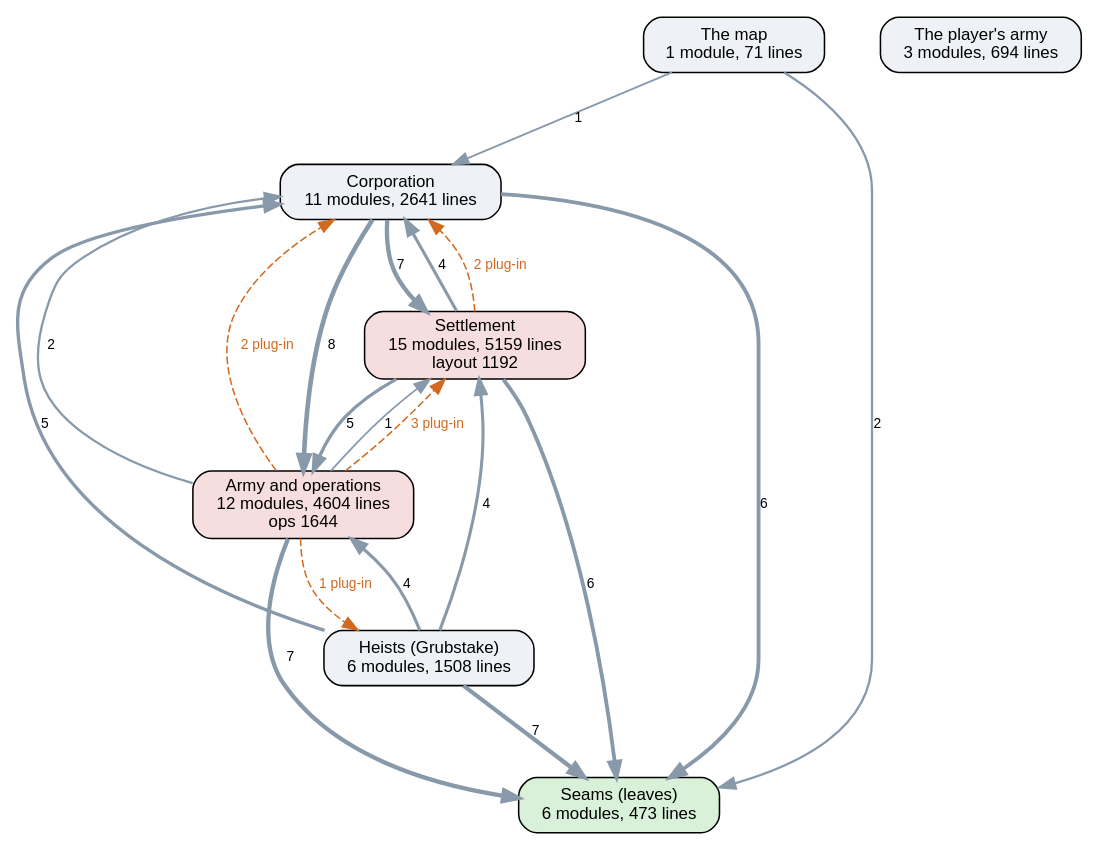
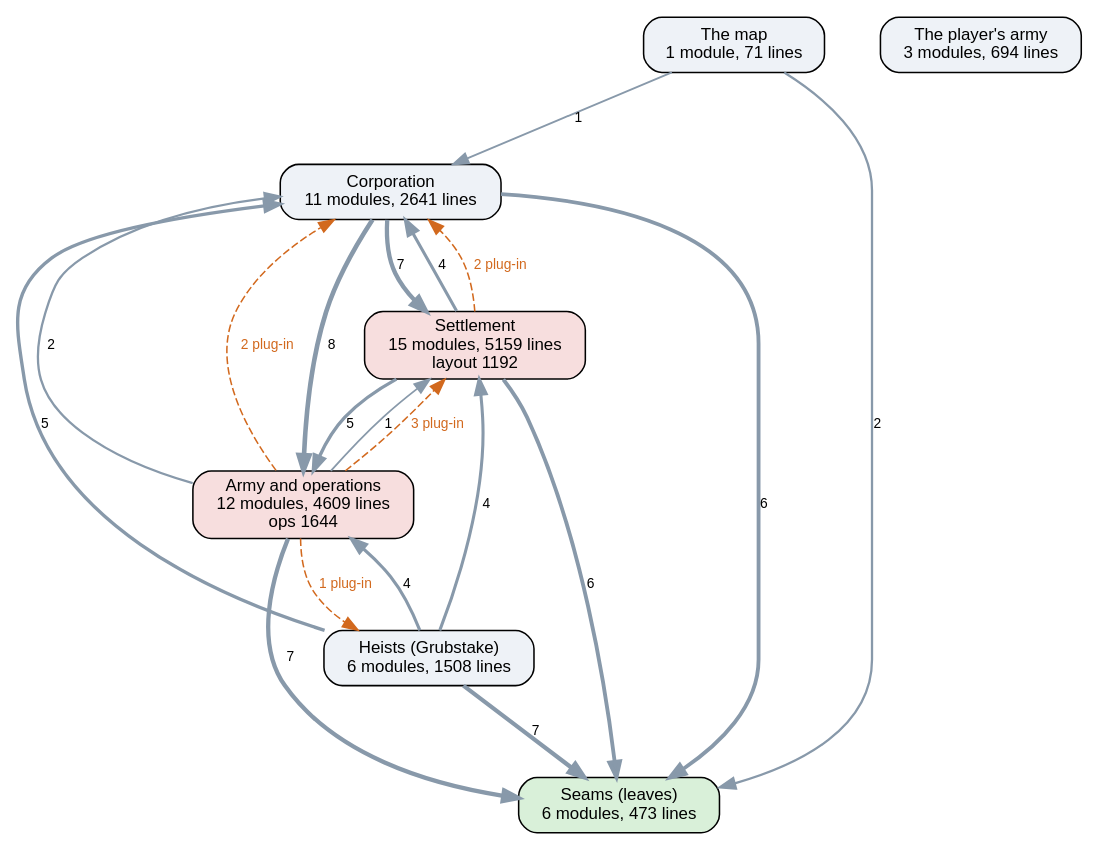
One commit to kinelhu/landing-party changed the diagram in docs/ai-layers.dot. Above: the diagram before and after it, drawn with Graphviz. The commit also changed 18 other files, not shown here.

```diff
--- a/docs/ai-layers.dot
+++ b/docs/ai-layers.dot
@@ -1,31 +1,31 @@
 digraph layers {
   graph [rankdir=TB, fontname="Helvetica", nodesep=0.5, ranksep=0.7];
   node [shape=box, style="rounded,filled", fontname="Helvetica", fontsize=11, fillcolor="#eef2f7"];
   edge [color="#8899aa", fontname="Helvetica", fontsize=9];
   "Seams (leaves)" [label="Seams (leaves)\n6 modules, 473 lines", fillcolor="#d9f0d9"];
   "Corporation" [label="Corporation\n11 modules, 2641 lines", fillcolor="#eef2f7"];
   "Settlement" [label="Settlement\n15 modules, 5159 lines\nlayout 1192", fillcolor="#f7dede"];
-  "Army and operations" [label="Army and operations\n12 modules, 4604 lines\nops 1644", fillcolor="#f7dede"];
+  "Army and operations" [label="Army and operations\n12 modules, 4609 lines\nops 1644", fillcolor="#f7dede"];
   "Heists (Grubstake)" [label="Heists (Grubstake)\n6 modules, 1508 lines", fillcolor="#eef2f7"];
   "The map" [label="The map\n1 module, 71 lines", fillcolor="#eef2f7"];
   "The player's army" [label="The player's army\n3 modules, 694 lines", fillcolor="#eef2f7"];
   "Army and operations" -> "Corporation" [label="2", penwidth=1.5];
   "Army and operations" -> "Seams (leaves)" [label="7", penwidth=2.8];
   "Army and operations" -> "Settlement" [label="1", penwidth=1.2];
   "Corporation" -> "Army and operations" [label="8", penwidth=3.0];
   "Corporation" -> "Seams (leaves)" [label="6", penwidth=2.5];
   "Corporation" -> "Settlement" [label="7", penwidth=2.8];
   "Heists (Grubstake)" -> "Army and operations" [label="4", penwidth=2.0];
   "Heists (Grubstake)" -> "Corporation" [label="5", penwidth=2.2];
   "Heists (Grubstake)" -> "Seams (leaves)" [label="7", penwidth=2.8];
   "Heists (Grubstake)" -> "Settlement" [label="4", penwidth=2.0];
   "Settlement" -> "Army and operations" [label="5", penwidth=2.2];
   "Settlement" -> "Corporation" [label="4", penwidth=2.0];
   "Settlement" -> "Seams (leaves)" [label="6", penwidth=2.5];
   "The map" -> "Corporation" [label="1", penwidth=1.2];
   "The map" -> "Seams (leaves)" [label="2", penwidth=1.5];
   "Army and operations" -> "Corporation" [style=dashed, color="#d2691e", fontcolor="#d2691e", label="2 plug-in"];
   "Army and operations" -> "Heists (Grubstake)" [style=dashed, color="#d2691e", fontcolor="#d2691e", label="1 plug-in"];
   "Army and operations" -> "Settlement" [style=dashed, color="#d2691e", fontcolor="#d2691e", label="3 plug-in"];
   "Settlement" -> "Corporation" [style=dashed, color="#d2691e", fontcolor="#d2691e", label="2 plug-in"];
 }
```
